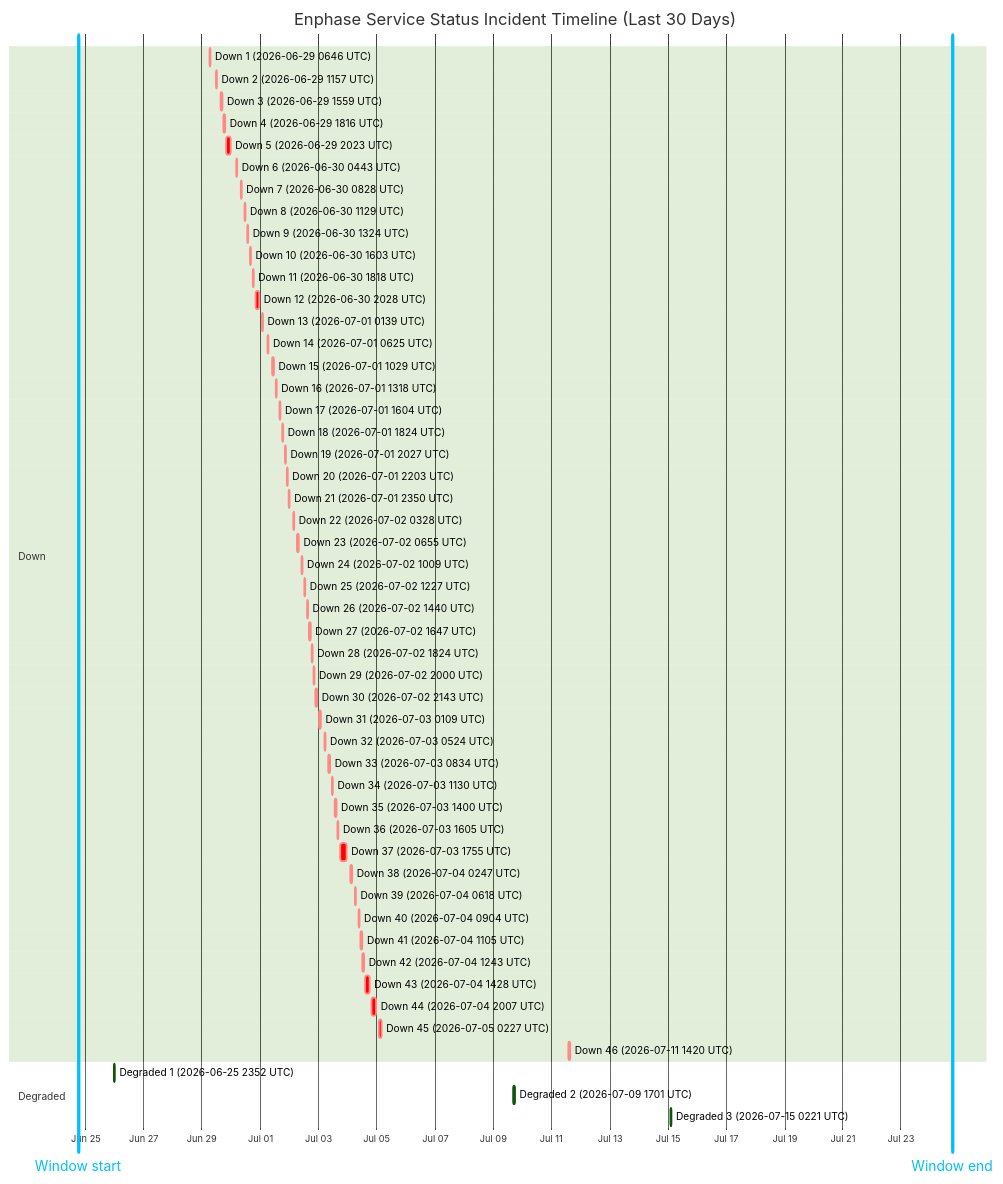
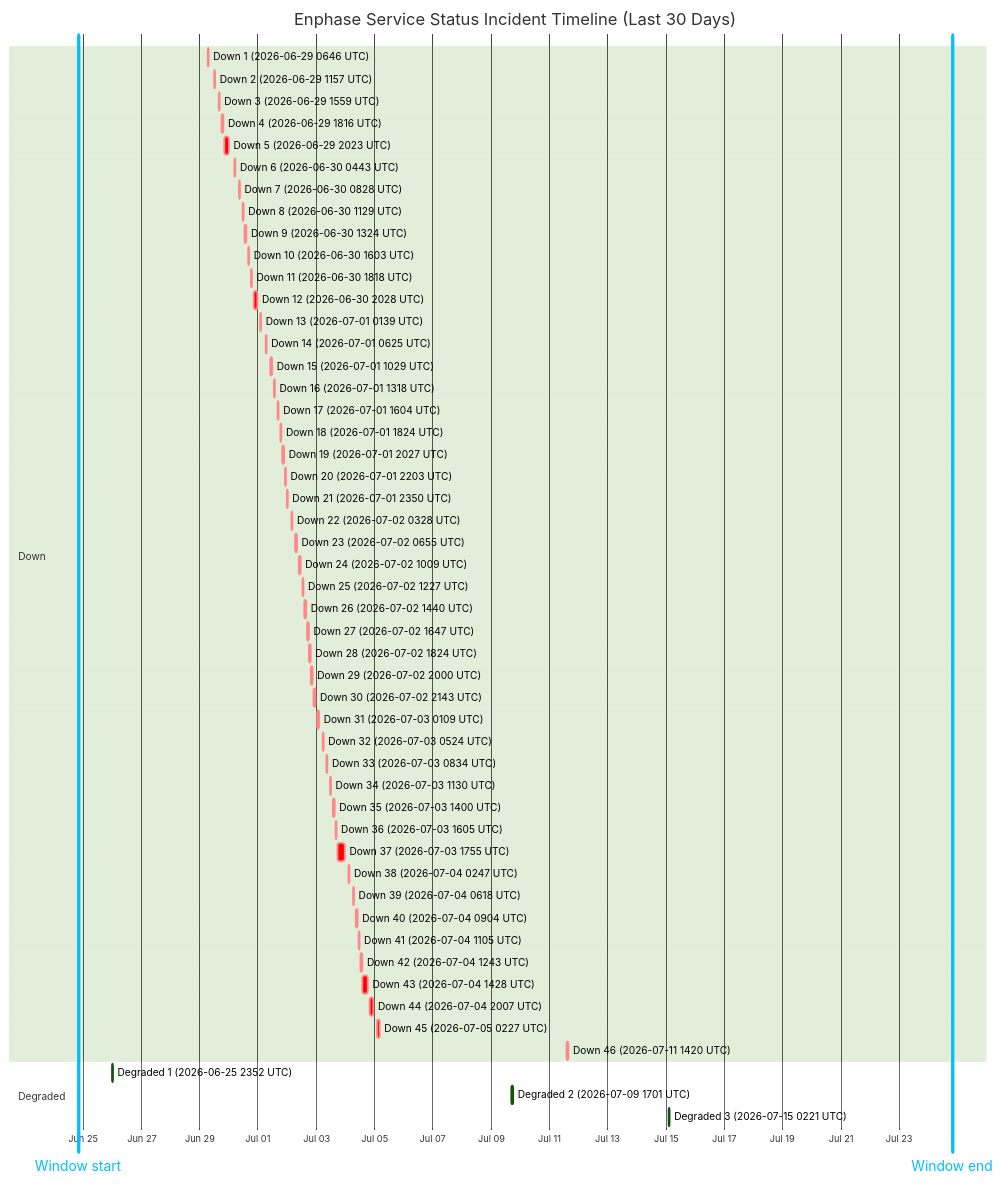
Before and after one commit to barneyonline/ha-enphase-energy: the diagram in wiki/Service-Status-History.md, drawn with Mermaid (forest theme). The commit also changed other lines of this file and 3 other files, not shown here.

````diff
--- a/wiki/Service-Status-History.md
+++ b/wiki/Service-Status-History.md
@@ -14,59 +14,59 @@
 ```mermaid
 gantt
     title Enphase Service Status Incident Timeline (Last 30 Days)
     dateFormat  YYYY-MM-DDTHH:mm:ss
     axisFormat  %b %d
-    Window start :vert, window-start, 2026-06-24T18:16:23, 0ms
-    Window end :vert, window-end, 2026-07-24T18:16:23, 0ms
+    Window start :vert, window-start, 2026-06-24T19:54:21, 0ms
+    Window end :vert, window-end, 2026-07-24T19:54:21, 0ms
     section Down
     Down 1 (2026-06-29 0646 UTC) :crit, down-1, 2026-06-29T06:46:18, 60m
     Down 2 (2026-06-29 1157 UTC) :crit, down-2, 2026-06-29T11:57:36, 60m
     Down 3 (2026-06-29 1559 UTC) :crit, down-3, 2026-06-29T15:59:02, 60m
     Down 4 (2026-06-29 1816 UTC) :crit, down-4, 2026-06-29T18:16:38, 60m
     Down 5 (2026-06-29 2023 UTC) :crit, down-5, 2026-06-29T20:23:16, 220m
     Down 6 (2026-06-30 0443 UTC) :crit, down-6, 2026-06-30T04:43:54, 60m
     Down 7 (2026-06-30 0828 UTC) :crit, down-7, 2026-06-30T08:28:43, 60m
     Down 8 (2026-06-30 1129 UTC) :crit, down-8, 2026-06-30T11:29:15, 60m
     Down 9 (2026-06-30 1324 UTC) :crit, down-9, 2026-06-30T13:24:25, 60m
     Down 10 (2026-06-30 1603 UTC) :crit, down-10, 2026-06-30T16:03:26, 60m
     Down 11 (2026-06-30 1818 UTC) :crit, down-11, 2026-06-30T18:18:39, 60m
     Down 12 (2026-06-30 2028 UTC) :crit, down-12, 2026-06-30T20:28:54, 171m
     Down 13 (2026-07-01 0139 UTC) :crit, down-13, 2026-07-01T01:39:18, 60m
     Down 14 (2026-07-01 0625 UTC) :crit, down-14, 2026-07-01T06:25:35, 60m
     Down 15 (2026-07-01 1029 UTC) :crit, down-15, 2026-07-01T10:29:24, 60m
     Down 16 (2026-07-01 1318 UTC) :crit, down-16, 2026-07-01T13:18:31, 60m
     Down 17 (2026-07-01 1604 UTC) :crit, down-17, 2026-07-01T16:04:29, 60m
     Down 18 (2026-07-01 1824 UTC) :crit, down-18, 2026-07-01T18:24:21, 60m
     Down 19 (2026-07-01 2027 UTC) :crit, down-19, 2026-07-01T20:27:17, 60m
     Down 20 (2026-07-01 2203 UTC) :crit, down-20, 2026-07-01T22:03:46, 60m
     Down 21 (2026-07-01 2350 UTC) :crit, down-21, 2026-07-01T23:50:52, 60m
     Down 22 (2026-07-02 0328 UTC) :crit, down-22, 2026-07-02T03:28:33, 60m
     Down 23 (2026-07-02 0655 UTC) :crit, down-23, 2026-07-02T06:55:07, 60m
     Down 24 (2026-07-02 1009 UTC) :crit, down-24, 2026-07-02T10:09:15, 60m
     Down 25 (2026-07-02 1227 UTC) :crit, down-25, 2026-07-02T12:27:49, 60m
     Down 26 (2026-07-02 1440 UTC) :crit, down-26, 2026-07-02T14:40:53, 60m
     Down 27 (2026-07-02 1647 UTC) :crit, down-27, 2026-07-02T16:47:47, 60m
     Down 28 (2026-07-02 1824 UTC) :crit, down-28, 2026-07-02T18:24:26, 60m
     Down 29 (2026-07-02 2000 UTC) :crit, down-29, 2026-07-02T20:00:57, 60m
     Down 30 (2026-07-02 2143 UTC) :crit, down-30, 2026-07-02T21:43:52, 80m
     Down 31 (2026-07-03 0109 UTC) :crit, down-31, 2026-07-03T01:09:19, 60m
     Down 32 (2026-07-03 0524 UTC) :crit, down-32, 2026-07-03T05:24:23, 60m
     Down 33 (2026-07-03 0834 UTC) :crit, down-33, 2026-07-03T08:34:05, 60m
     Down 34 (2026-07-03 1130 UTC) :crit, down-34, 2026-07-03T11:30:41, 60m
     Down 35 (2026-07-03 1400 UTC) :crit, down-35, 2026-07-03T14:00:48, 60m
     Down 36 (2026-07-03 1605 UTC) :crit, down-36, 2026-07-03T16:05:49, 60m
     Down 37 (2026-07-03 1755 UTC) :crit, down-37, 2026-07-03T17:55:54, 338m
     Down 38 (2026-07-04 0247 UTC) :crit, down-38, 2026-07-04T02:47:22, 60m
     Down 39 (2026-07-04 0618 UTC) :crit, down-39, 2026-07-04T06:18:09, 60m
     Down 40 (2026-07-04 0904 UTC) :crit, down-40, 2026-07-04T09:04:41, 60m
     Down 41 (2026-07-04 1105 UTC) :crit, down-41, 2026-07-04T11:05:21, 60m
     Down 42 (2026-07-04 1243 UTC) :crit, down-42, 2026-07-04T12:43:25, 60m
     Down 43 (2026-07-04 1428 UTC) :crit, down-43, 2026-07-04T14:28:07, 243m
     Down 44 (2026-07-04 2007 UTC) :crit, down-44, 2026-07-04T20:07:50, 206m
     Down 45 (2026-07-05 0227 UTC) :crit, down-45, 2026-07-05T02:27:32, 109m
     Down 46 (2026-07-11 1420 UTC) :crit, down-46, 2026-07-11T14:20:54, 69m
     section Degraded
     Degraded 1 (2026-06-25 2352 UTC) :active, degraded-1, 2026-06-25T23:52:01, 60m
     Degraded 2 (2026-07-09 1701 UTC) :active, degraded-2, 2026-07-09T17:01:02, 60m
     Degraded 3 (2026-07-15 0221 UTC) :active, degraded-3, 2026-07-15T02:21:35, 60m
 ```
````
